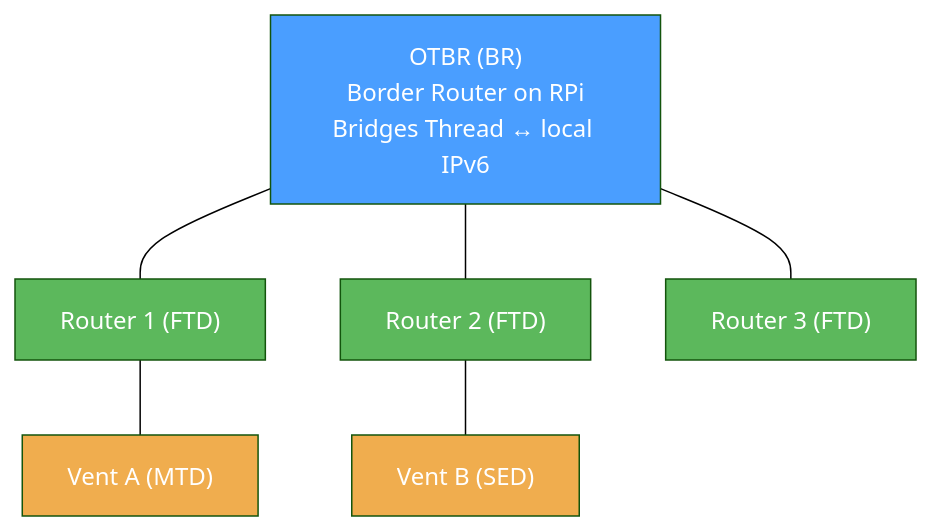
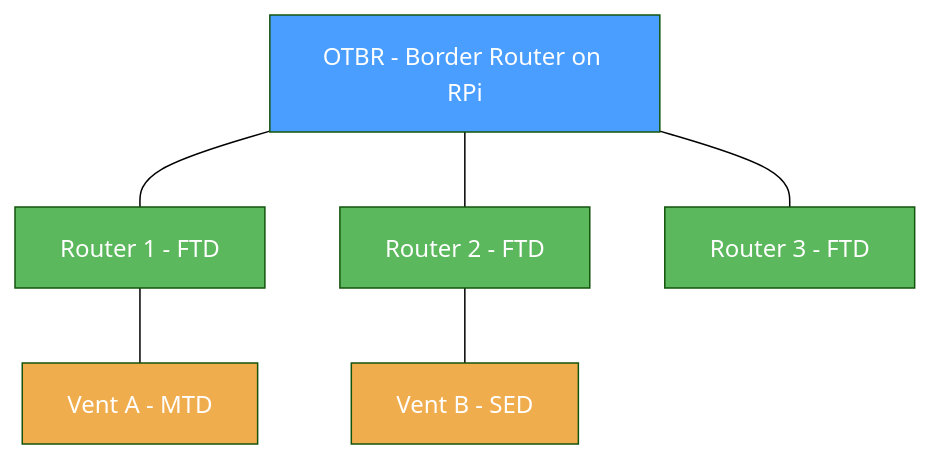
The first of 5 diagrams in docs/architecture.md (EtaCassiopeia/smart-vent), drawn with Mermaid (forest theme) before and after one commit. The commit also changed other lines of this file, not shown here.

First line of the commit message:
Fix Mermaid diagrams for GitHub rendering

````diff
--- a/docs/architecture.md
+++ b/docs/architecture.md
@@ -169,24 +169,24 @@
 ```mermaid
 graph TD
-    OTBR["OTBR (BR)<br/>Border Router on RPi<br/>Bridges Thread ↔ local IPv6"]
+    OTBR["OTBR - Border Router on RPi"]
 
-    R1["Router 1 (FTD)"]
-    R2["Router 2 (FTD)"]
-    R3["Router 3 (FTD)"]
+    R1["Router 1 - FTD"]
+    R2["Router 2 - FTD"]
+    R3["Router 3 - FTD"]
 
-    VA["Vent A (MTD)"]
-    VB["Vent B (SED)"]
+    VA["Vent A - MTD"]
+    VB["Vent B - SED"]
 
     OTBR --- R1
     OTBR --- R2
     OTBR --- R3
     R1 --- VA
     R2 --- VB
 
     style OTBR fill:#4a9eff,color:#fff
     style R1 fill:#5cb85c,color:#fff
     style R2 fill:#5cb85c,color:#fff
     style R3 fill:#5cb85c,color:#fff
     style VA fill:#f0ad4e,color:#fff
     style VB fill:#f0ad4e,color:#fff
 ```
````
